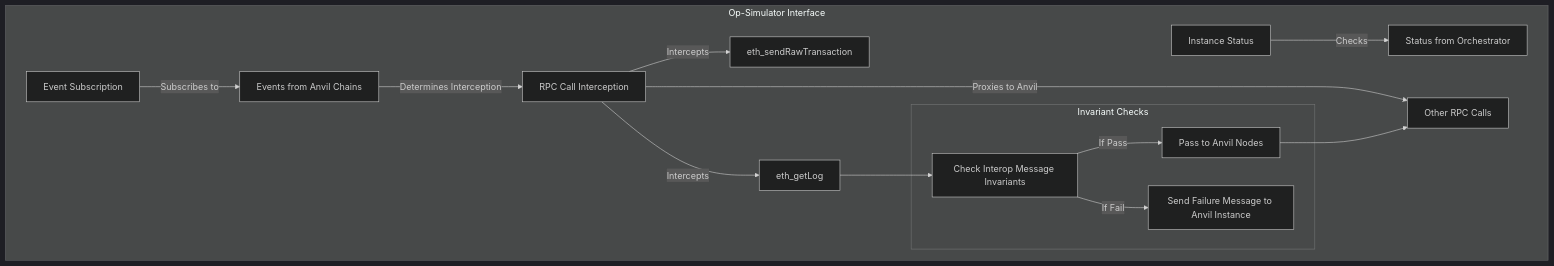
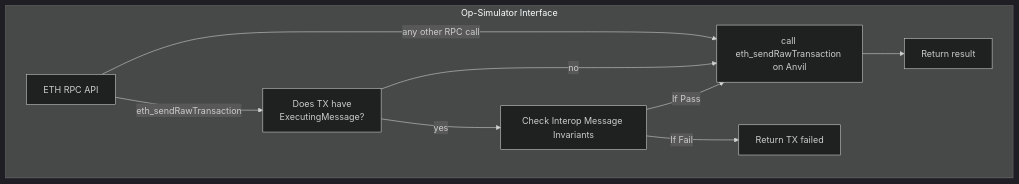
The second of 4 diagrams in ecosystem/supersim.md (ethereum-optimism/design-docs), drawn with Mermaid (dark theme) before and after one commit.

Commit message:
Update op-simulator interface chart

````diff
--- a/ecosystem/supersim.md
+++ b/ecosystem/supersim.md
@@ -121,23 +121,24 @@
 ```mermaid
 flowchart TD
-   subgraph Op-Simulator Interface
-       direction LR
-       A[Instance Status] -->|Checks| A1[Status from Orchestrator]
-      
-       B[RPC Call Interception] -->|Intercepts| B1[eth_sendRawTransaction]
-       B -->|Intercepts| B2[eth_getLog]
-       B -->|Proxies to Anvil| B3[Other RPC Calls]
+  subgraph Op-Simulator Interface
+      direction LR
 
 
-       C[Event Subscription] -->|Subscribes to| C1[Events from Anvil Chains]
-       C1 -->|Determines Interception| B
-      
-       subgraph D[Invariant Checks]
-           D1[Check Interop Message Invariants] -->|If Pass| D2[Pass to Anvil Nodes]
-           D1 -->|If Fail| D3[Send Failure Message to Anvil Instance]
-       end
-      
-       B2 --> D1
-       D2 --> B3
-   end
+      C -->|any other RPC call| D2[call eth_sendRawTransaction \non Anvil]
+
+
+      C[ETH RPC API] -->|eth_sendRawTransaction| C1[Does TX have \n ExecutingMessage?]
+             C1 -->|no| D2
+
+
+      C1 -->|yes| D1
+
+
+    
+          D1[Check Interop Message Invariants] -->|If Pass|D2
+          D1 -->|If Fail| D3[Return TX failed]
+  
+    
+      D2 --> B3[Return result]
+  end
 ```
````
